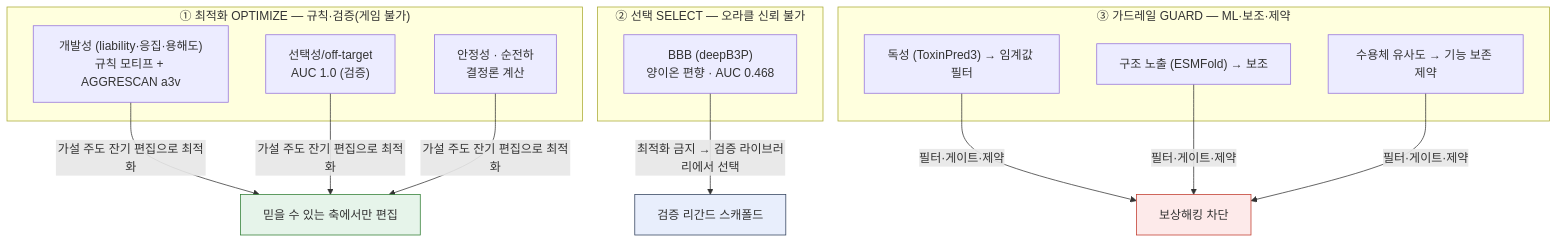
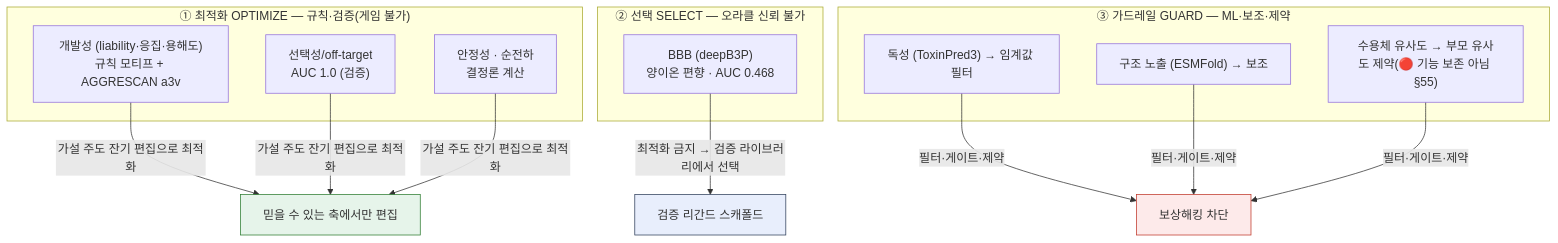
The fifth of 10 diagrams in 아키텍처.md (yunseul6028/BBB-Optimizer), drawn with Mermaid before and after one commit. The commit also changed other lines of this file and 31 other files, not shown here.

````diff
--- a/아키텍처.md
+++ b/아키텍처.md
@@ -220,24 +220,24 @@
 ```mermaid
 flowchart TB
   subgraph OPT["① 최적화 OPTIMIZE — 규칙·검증(게임 불가)"]
     O1["개발성 (liability·응집·용해도)<br/>규칙 모티프 + AGGRESCAN a3v"]
     O2["선택성/off-target<br/>AUC 1.0 (검증)"]
     O3["안정성 · 순전하<br/>결정론 계산"]
   end
   subgraph SEL["② 선택 SELECT — 오라클 신뢰 불가"]
     S1["BBB (deepB3P)<br/>양이온 편향 · AUC 0.468"]
   end
   subgraph GRD["③ 가드레일 GUARD — ML·보조·제약"]
     G1["독성 (ToxinPred3) → 임계값 필터"]
     G2["구조 노출 (ESMFold) → 보조"]
-    G3["수용체 유사도 → 기능 보존 제약"]
+    G3["수용체 유사도 → 부모 유사도 제약(🔴 기능 보존 아님 §55)"]
   end
 
   O1 & O2 & O3 -->|"가설 주도 잔기 편집으로 최적화"| EDIT["믿을 수 있는 축에서만 편집"]:::ok
   S1 -->|"최적화 금지 → 검증 라이브러리에서 선택"| LIB["검증 리간드 스캐폴드"]:::sel
   G1 & G2 & G3 -->|"필터·게이트·제약"| GATE["보상해킹 차단"]:::grd
 
   classDef ok fill:#e6f4ea,stroke:#2e7d32;
   classDef sel fill:#e8eefc,stroke:#30405c;
   classDef grd fill:#fdeaea,stroke:#c0392b;
 ```
````
